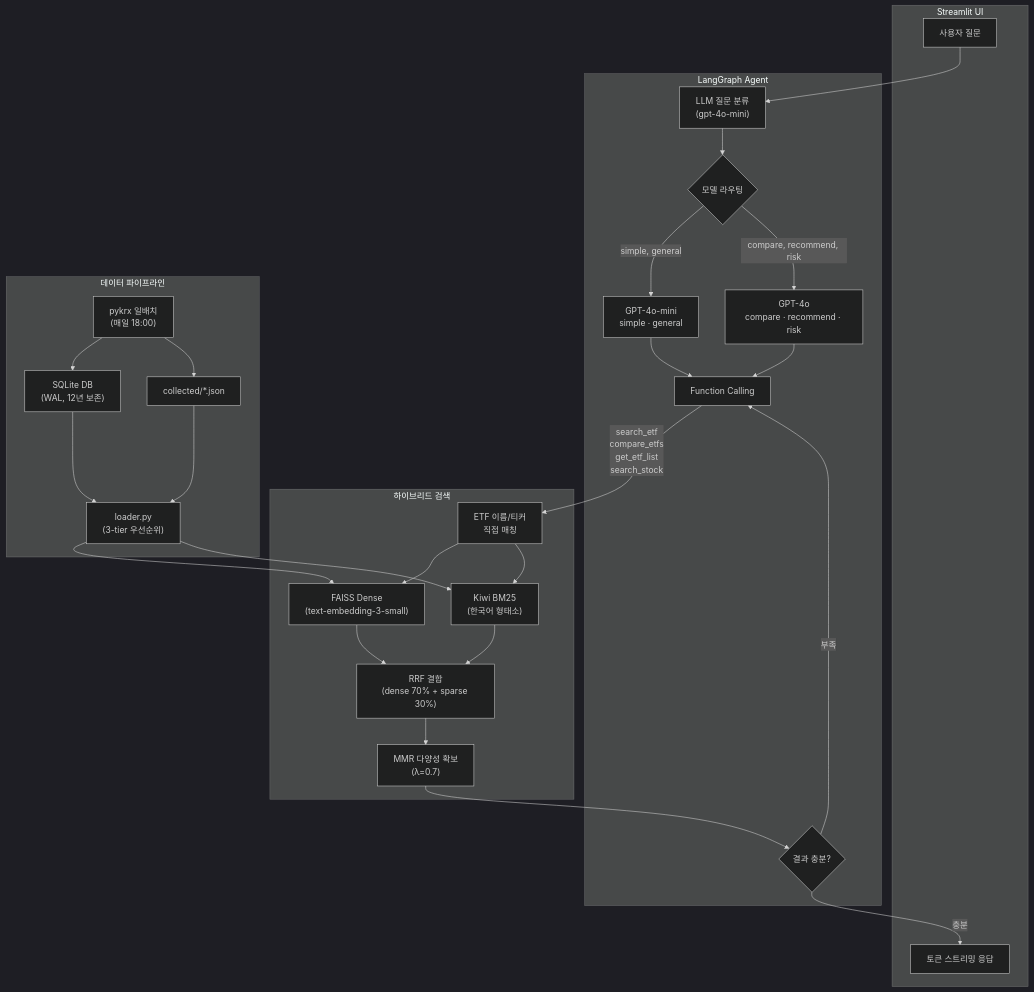
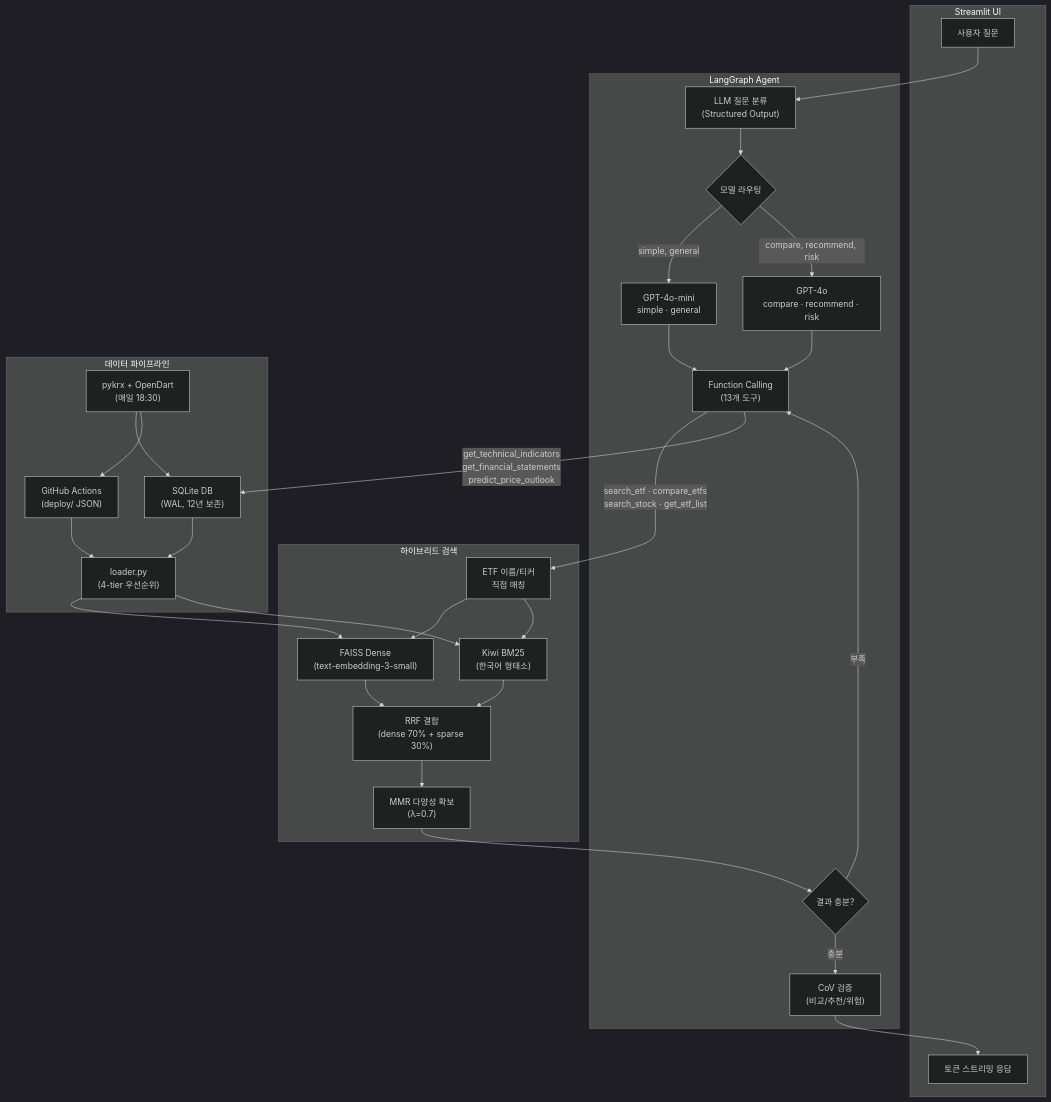
Before and after one commit to m2222n/AI_agent: the diagram in ETF_RAG/README.md, drawn with Mermaid (dark theme). The commit also changed other lines of this file, not shown here.

````diff
--- a/ETF_RAG/README.md
+++ b/ETF_RAG/README.md
@@ -63,48 +66,51 @@
 ```mermaid
 flowchart TB
     subgraph UI["Streamlit UI"]
         Input["사용자 질문"]
         Stream["토큰 스트리밍 응답"]
     end
 
     subgraph Agent["LangGraph Agent"]
-        Classify["LLM 질문 분류<br/>(gpt-4o-mini)"]
+        Classify["LLM 질문 분류<br/>(Structured Output)"]
         Router{"모델 라우팅"}
         Mini["GPT-4o-mini<br/>simple · general"]
         Full["GPT-4o<br/>compare · recommend · risk"]
-        Tools["Function Calling"]
+        Tools["Function Calling<br/>(13개 도구)"]
         Retry{"결과 충분?"}
+        CoV["CoV 검증<br/>(비교/추천/위험)"]
     end
 
     subgraph Search["하이브리드 검색"]
         Match["ETF 이름/티커<br/>직접 매칭"]
         Dense["FAISS Dense<br/>(text-embedding-3-small)"]
         Sparse["Kiwi BM25<br/>(한국어 형태소)"]
         RRF["RRF 결합<br/>(dense 70% + sparse 30%)"]
         MMR["MMR 다양성 확보<br/>(λ=0.7)"]
     end
 
     subgraph Data["데이터 파이프라인"]
-        KRX["pykrx 일배치<br/>(매일 18:00)"]
+        KRX["pykrx + OpenDart<br/>(매일 18:30)"]
         DB["SQLite DB<br/>(WAL, 12년 보존)"]
-        JSON["collected/*.json"]
-        Loader["loader.py<br/>(3-tier 우선순위)"]
+        Actions["GitHub Actions<br/>(deploy/ JSON)"]
+        Loader["loader.py<br/>(4-tier 우선순위)"]
     end
 
     Input --> Classify --> Router
     Router -->|simple, general| Mini
     Router -->|compare, recommend, risk| Full
     Mini --> Tools
     Full --> Tools
-    Tools -->|search_etf<br/>compare_etfs<br/>get_etf_list<br/>search_stock| Match
+    Tools -->|search_etf · compare_etfs<br/>search_stock · get_etf_list| Match
+    Tools -->|get_technical_indicators<br/>get_financial_statements<br/>predict_price_outlook| DB
     Match --> Dense & Sparse
     Dense & Sparse --> RRF --> MMR
     MMR --> Retry
     Retry -->|부족| Tools
-    Retry -->|충분| Stream
+    Retry -->|충분| CoV --> Stream
 
-    KRX --> DB & JSON
+    KRX --> DB
+    KRX --> Actions
     DB --> Loader
-    JSON --> Loader
+    Actions --> Loader
     Loader --> Dense & Sparse
 ```
````
